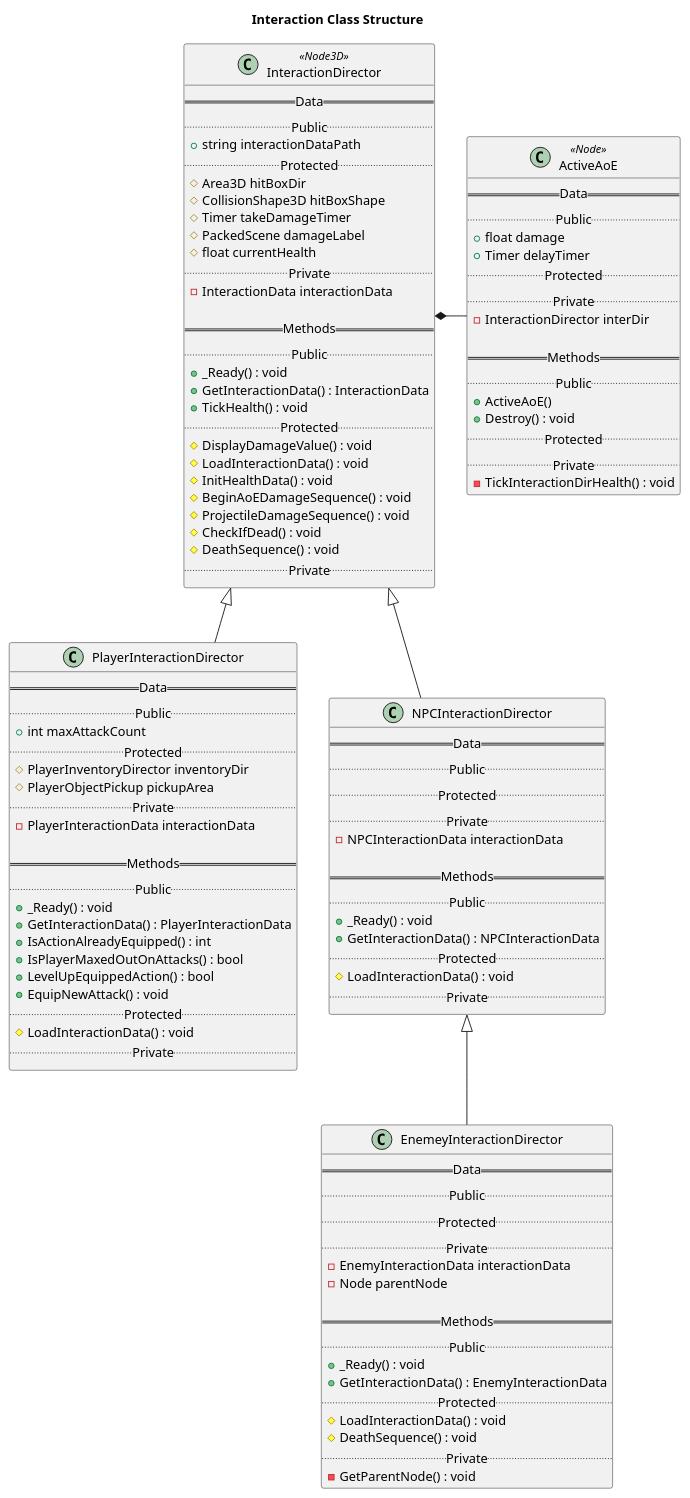
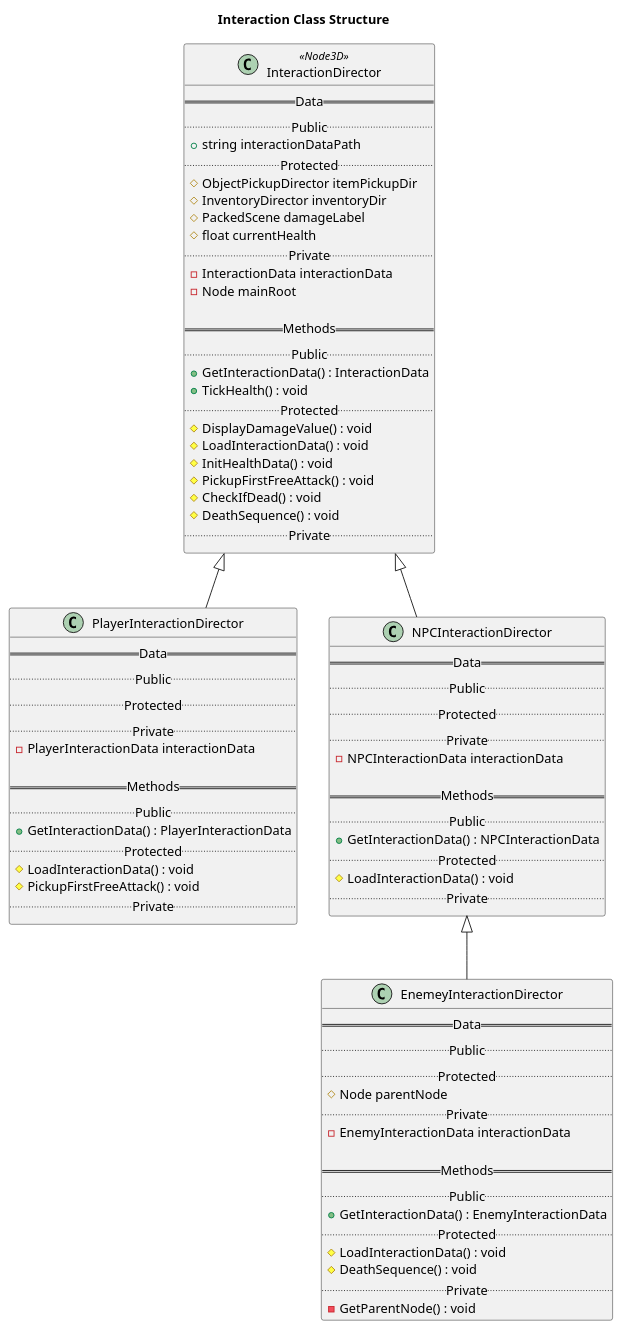
One commit to kjtkanaly/Roguelike-Shoot-Em-Up changed the diagram in UML-Diagrams/src/Interaction_Class_Struct.puml. Above: the diagram before and after it, drawn with PlantUML. The commit also changed 3 other files, not shown here.

Commit message:
Updated the interaction class diagrams and cleaned up the code

```diff
--- a/UML-Diagrams/src/Interaction_Class_Struct.puml
+++ b/UML-Diagrams/src/Interaction_Class_Struct.puml
@@ -1,115 +1,85 @@
 @startuml Interaction Class Structure
 
 title Interaction Class Structure
 
 class InteractionDirector <<Node3D>>{
     == Data ==
     .. Public ..
     + string interactionDataPath
     .. Protected ..
-    # Area3D hitBoxDir
-    # CollisionShape3D hitBoxShape
-    # Timer takeDamageTimer
-    # PackedScene damageLabel
-    # float currentHealth
+    # ObjectPickupDirector itemPickupDir
+	# InventoryDirector inventoryDir
+	# PackedScene damageLabel
+	# float currentHealth
     .. Private ..
     - InteractionData interactionData
+    - Node mainRoot
 
     == Methods ==
     .. Public ..
-    + _Ready() : void
     + GetInteractionData() : InteractionData
     + TickHealth() : void
     .. Protected ..
     # DisplayDamageValue() : void
     # LoadInteractionData() : void
     # InitHealthData() : void
-    # BeginAoEDamageSequence() : void
-    # ProjectileDamageSequence() : void
+    # PickupFirstFreeAttack() : void
     # CheckIfDead() : void
     # DeathSequence() : void
     .. Private ..
 }
 
-class ActiveAoE <<Node>>{
-     == Data ==
-    .. Public ..
-    + float damage
-    + Timer delayTimer
-    .. Protected ..
-    .. Private ..
-    - InteractionDirector interDir
-
-    == Methods ==
-    .. Public ..
-    + ActiveAoE()
-    + Destroy() : void
-    .. Protected ..
-    .. Private ..
-    - TickInteractionDirHealth() : void
-}
-
 class PlayerInteractionDirector {
     == Data ==
     .. Public ..
-    + int maxAttackCount
     .. Protected ..
-    # PlayerInventoryDirector inventoryDir
-    # PlayerObjectPickup pickupArea
     .. Private ..
     - PlayerInteractionData interactionData
 
     == Methods ==
     .. Public ..
-    + _Ready() : void
     + GetInteractionData() : PlayerInteractionData
-    + IsActionAlreadyEquipped() : int
-    + IsPlayerMaxedOutOnAttacks() : bool
-    + LevelUpEquippedAction() : bool
-    + EquipNewAttack() : void
     .. Protected ..
     # LoadInteractionData() : void
+    # PickupFirstFreeAttack() : void
     .. Private ..
 }
 
 class NPCInteractionDirector {
     == Data ==
     .. Public ..
     .. Protected ..
     .. Private ..
     - NPCInteractionData interactionData
 
     == Methods ==
     .. Public ..
-    + _Ready() : void
     + GetInteractionData() : NPCInteractionData
     .. Protected ..
     # LoadInteractionData() : void
     .. Private ..
 }
 
 class EnemeyInteractionDirector {
     == Data ==
     .. Public ..
     .. Protected ..
+    # Node parentNode
     .. Private ..
     - EnemyInteractionData interactionData
-    - Node parentNode
 
     == Methods ==
     .. Public ..
-    + _Ready() : void
     + GetInteractionData() : EnemyInteractionData
     .. Protected ..
     # LoadInteractionData() : void
     # DeathSequence() : void
     .. Private ..
     - GetParentNode() : void
 }
 
-InteractionDirector *- ActiveAoE
 InteractionDirector <|-- PlayerInteractionDirector
 InteractionDirector <|-- NPCInteractionDirector
 NPCInteractionDirector <|-- EnemeyInteractionDirector
 
 @enduml
```
